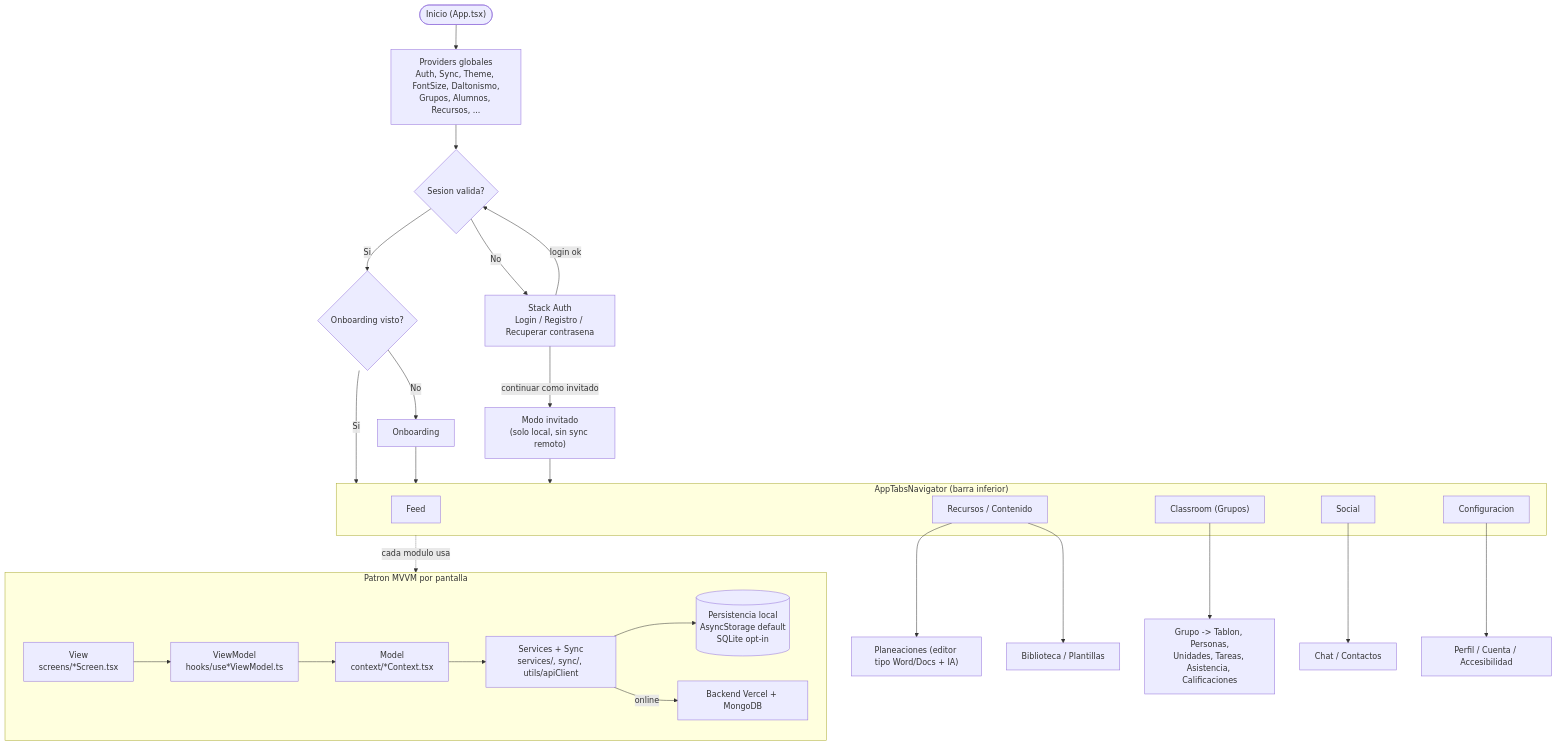
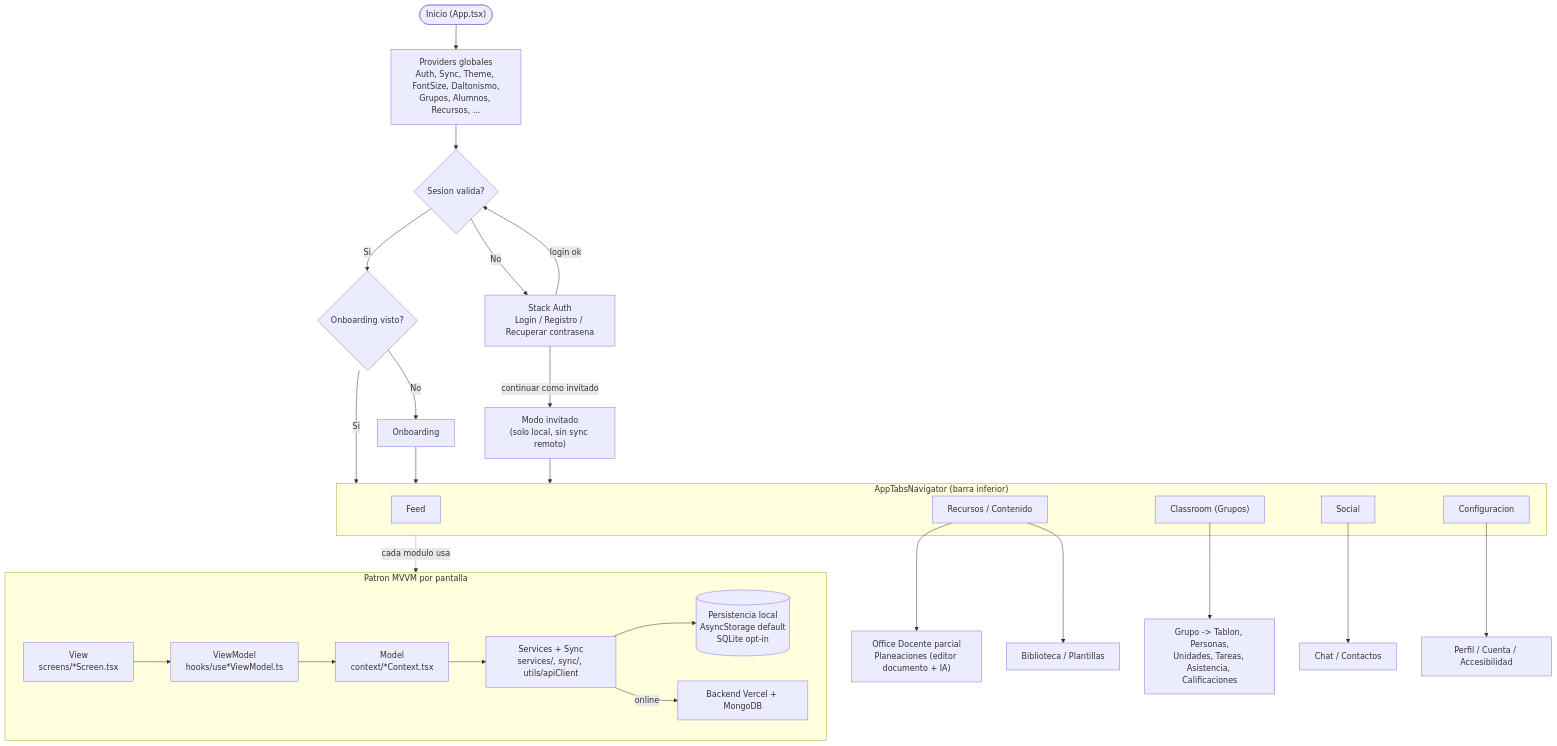
One commit to RitualBoat/PlanearIA changed the second of 6 diagrams in Documentacion/06-diagramas/README.md. Above: the diagram before and after it, drawn with Mermaid. The commit also changed 32 other files, not shown here.

````diff
--- a/Documentacion/06-diagramas/README.md
+++ b/Documentacion/06-diagramas/README.md
@@ -125,40 +125,40 @@
 ```mermaid
 flowchart TD
     start(["Inicio (App.tsx)"]) --> providers["Providers globales<br/>Auth, Sync, Theme, FontSize, Daltonismo,<br/>Grupos, Alumnos, Recursos, ..."]
     providers --> authCheck{"Sesion valida?"}
 
     authCheck -->|"No"| authStack["Stack Auth<br/>Login / Registro / Recuperar contrasena"]
     authStack -->|"login ok"| authCheck
     authStack -->|"continuar como invitado"| guest["Modo invitado<br/>(solo local, sin sync remoto)"]
 
     authCheck -->|"Si"| onboarding{"Onboarding visto?"}
     onboarding -->|"No"| onb["Onboarding"]
     onboarding -->|"Si"| tabs
     onb --> tabs
     guest --> tabs
 
     subgraph tabs["AppTabsNavigator (barra inferior)"]
         feed["Feed"]
         recursos["Recursos / Contenido"]
         classroom["Classroom (Grupos)"]
         social["Social"]
         config["Configuracion"]
     end
 
     classroom --> grupos["Grupo -> Tablon, Personas,<br/>Unidades, Tareas, Asistencia, Calificaciones"]
-    recursos --> plan["Planeaciones (editor tipo Word/Docs + IA)"]
+    recursos --> plan["Office Docente parcial<br/>Planeaciones (editor documento + IA)"]
     recursos --> biblio["Biblioteca / Plantillas"]
     social --> chat["Chat / Contactos"]
     config --> cuenta["Perfil / Cuenta / Accesibilidad"]
 
     subgraph mvvm["Patron MVVM por pantalla"]
         direction LR
         view["View<br/>screens/*Screen.tsx"] --> viewmodel["ViewModel<br/>hooks/use*ViewModel.ts"]
         viewmodel --> model["Model<br/>context/*Context.tsx"]
         model --> svc["Services + Sync<br/>services/, sync/, utils/apiClient"]
         svc --> persist[("Persistencia local<br/>AsyncStorage default<br/>SQLite opt-in")]
         svc -->|"online"| remote["Backend Vercel + MongoDB"]
     end
 
     tabs -.->|"cada modulo usa"| mvvm
 ```
````
